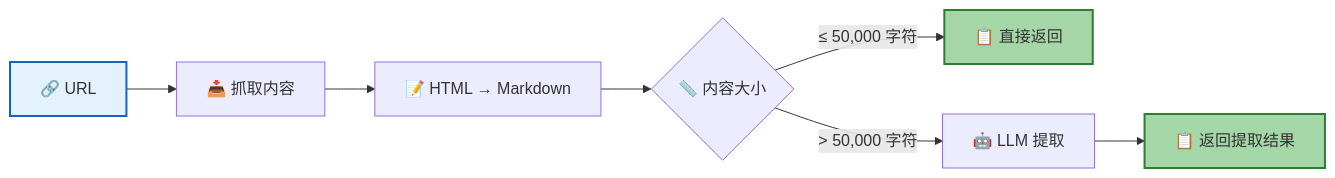
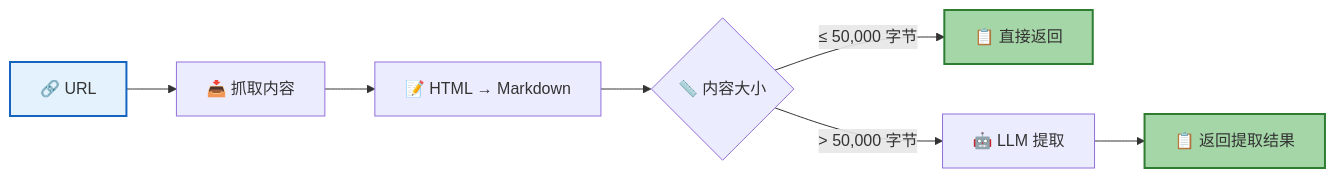
Before and after one commit to rtc-agent/docs: the seventh of 7 diagrams in src/content/docs/features/llm-tools.md, drawn with Mermaid. The commit also changed other lines of this file and 7 other files, not shown here.

````diff
--- a/src/content/docs/features/llm-tools.md
+++ b/src/content/docs/features/llm-tools.md
@@ -464,13 +464,13 @@
 ```mermaid
 flowchart LR
     A["🔗 URL"] --> B["📥 抓取内容"]
     B --> C["📝 HTML → Markdown"]
     C --> D{"📏 内容大小"}
-    D -->|"≤ 50,000 字符"| E["📋 直接返回"]
-    D -->|"> 50,000 字符"| F["🤖 LLM 提取"]
+    D -->|"≤ 50,000 字节"| E["📋 直接返回"]
+    D -->|"> 50,000 字节"| F["🤖 LLM 提取"]
     F --> G["📋 返回提取结果"]
 
     style A fill:#e3f2fd,stroke:#1565c0,stroke-width:2px
     style E fill:#a5d6a7,stroke:#2e7d32,stroke-width:2px
     style G fill:#a5d6a7,stroke:#2e7d32,stroke-width:2px
 ```
````
